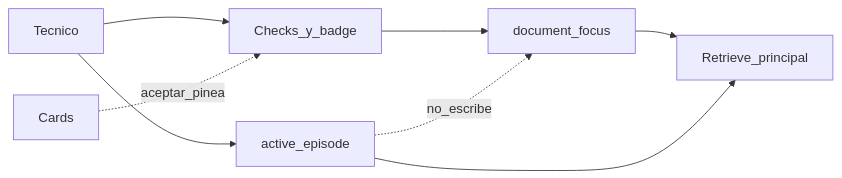
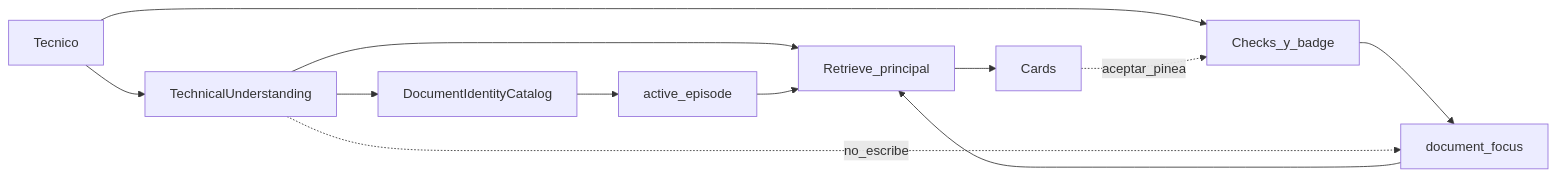
The diagram in docs/PLAN_FIELD_COMPANION_DOCUMENT_FOCUS_REFACTOR_2026-10-01.md (danebo-labs/smart_deal), drawn with Mermaid before and after one commit. The commit also changed other lines of this file, not shown here.

Commit message:
docs: refine document focus plan with pre-retrieval understanding

````diff
--- a/docs/PLAN_FIELD_COMPANION_DOCUMENT_FOCUS_REFACTOR_2026-10-01.md
+++ b/docs/PLAN_FIELD_COMPANION_DOCUMENT_FOCUS_REFACTOR_2026-10-01.md
@@ -202,16 +302,22 @@
 ```mermaid
 flowchart LR
   tech[Tecnico]
   ui[Checks_y_badge]
   focus[document_focus]
+  understand[TechnicalUnderstanding]
+  catalog[DocumentIdentityCatalog]
   work[active_episode]
   ask[Retrieve_principal]
   disc[Cards]
+  tech --> understand
+  understand --> catalog
+  catalog --> work
+  understand --> ask
   tech --> ui
   ui --> focus
-  tech --> work
   focus --> ask
   work --> ask
+  ask --> disc
   disc -.->|aceptar_pinea| ui
-  work -.->|no_escribe| focus
+  understand -.->|no_escribe| focus
 ```
````
